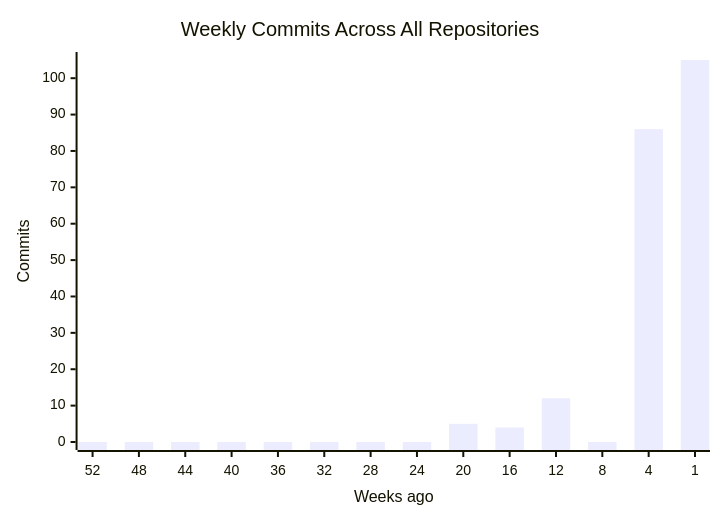
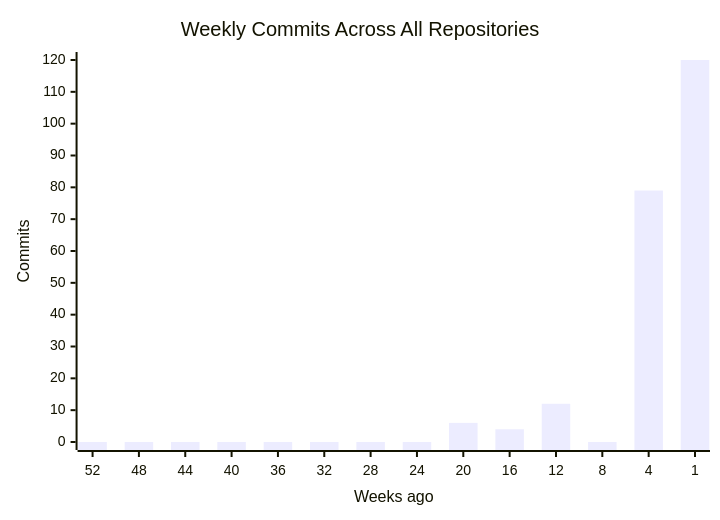
Before and after one commit to CSTH-Projects/.github: the first of 4 diagrams in profile/README.md, drawn with Mermaid. The commit also changed other lines of this file, not shown here.

````diff
--- a/profile/README.md
+++ b/profile/README.md
@@ -15,7 +15,7 @@
 ```mermaid
 xychart-beta
     title "Weekly Commits Across All Repositories"
     x-axis "Weeks ago" [52, 48, 44, 40, 36, 32, 28, 24, 20, 16, 12, 8, 4, 1]
     y-axis "Commits"
-    bar [0, 0, 0, 0, 0, 0, 0, 0, 5, 4, 12, 0, 86, 105]
+    bar [0, 0, 0, 0, 0, 0, 0, 0, 6, 4, 12, 0, 79, 120]
 ```
````
